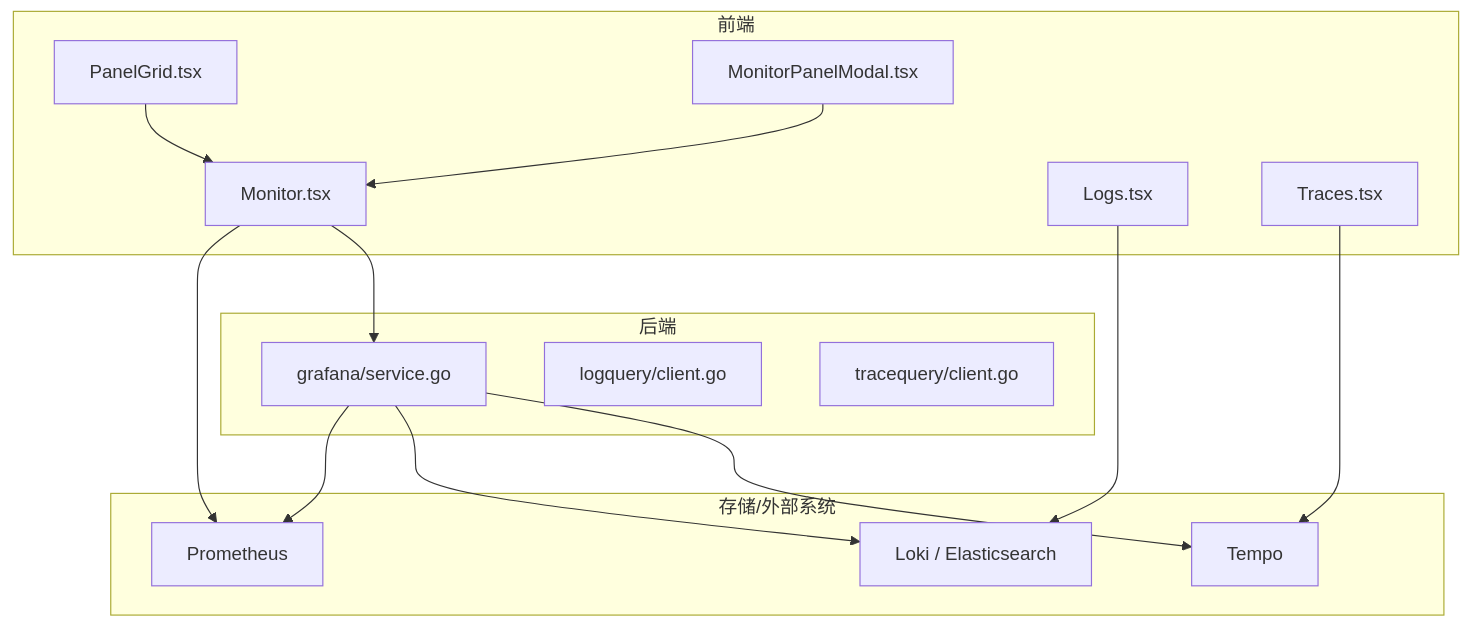
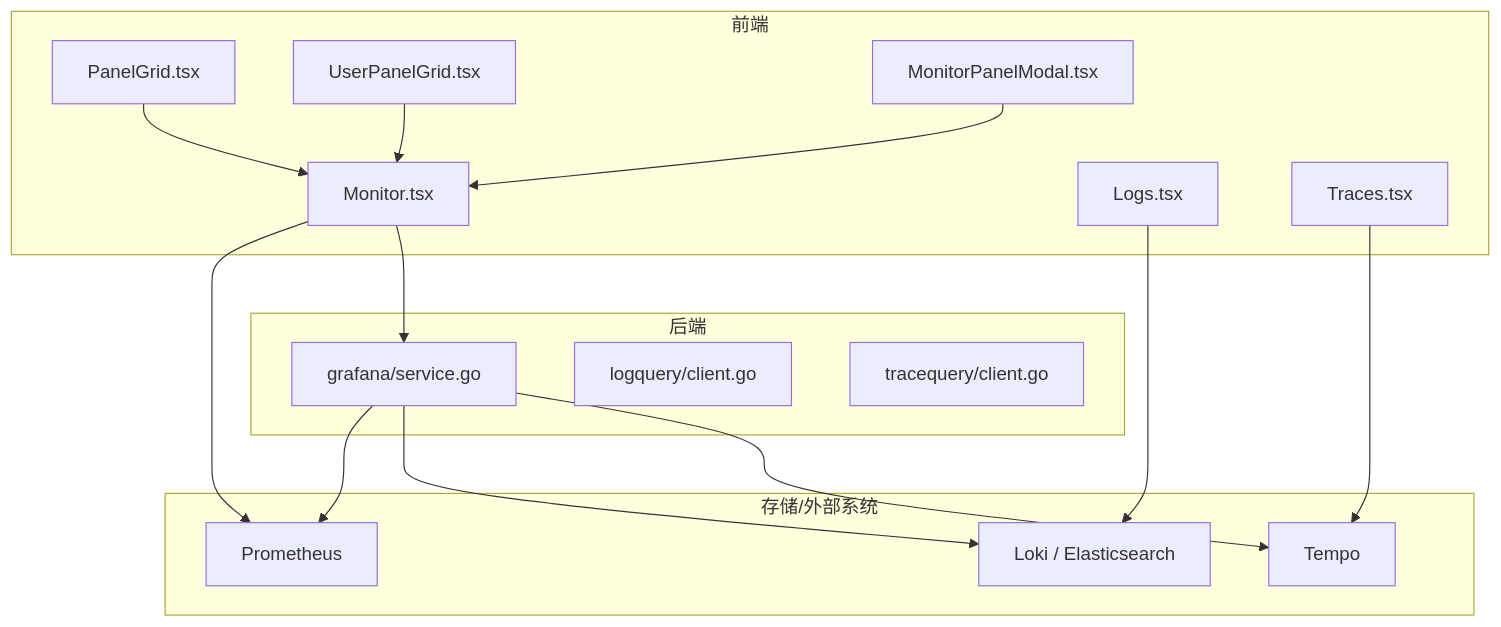
The first of 7 diagrams in .qoder/repowiki/zh/content/前端应用/核心页面功能/监控页面/监控页面.md (xied1133-oss/ongrid), drawn with Mermaid before and after one commit. The commit also changed other lines of this file and 30 other files, not shown here.

````diff
--- a/.qoder/repowiki/zh/content/前端应用/核心页面功能/监控页面/监控页面.md
+++ b/.qoder/repowiki/zh/content/前端应用/核心页面功能/监控页面/监控页面.md
@@ -49,29 +59,31 @@
 ```mermaid
 graph TB
 subgraph "前端"
 M["Monitor.tsx"]
 L["Logs.tsx"]
 T["Traces.tsx"]
 PG["PanelGrid.tsx"]
+UPG["UserPanelGrid.tsx"]
 MP["MonitorPanelModal.tsx"]
 end
 subgraph "后端"
 G["grafana/service.go"]
 LC["logquery/client.go"]
 TC["tracequery/client.go"]
 end
 subgraph "存储/外部系统"
 P["Prometheus"]
 LO["Loki / Elasticsearch"]
 TE["Tempo"]
 end
 M --> P
 M --> G
 L --> LO
 T --> TE
 G --> P
 G --> LO
 G --> TE
 PG --> M
+UPG --> M
 MP --> M
 ```
````
